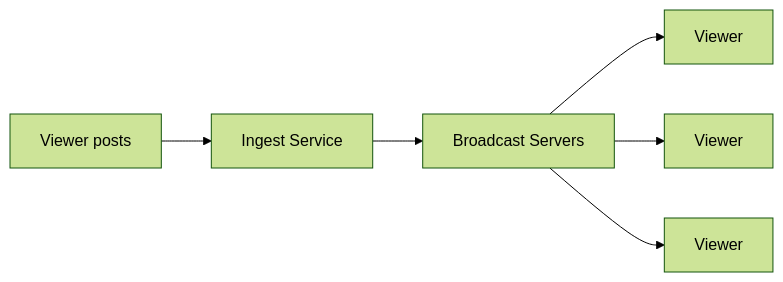
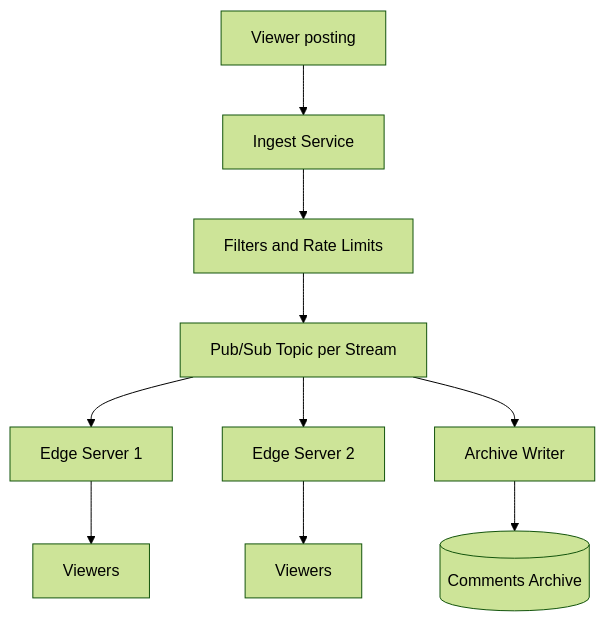
The first of 2 diagrams in questions/design-live-comment-streaming.md (design-gurus/grokking-system-design), drawn with Mermaid (forest theme) before and after one commit. The commit also changed other lines of this file and 19 other files, not shown here.

````diff
--- a/questions/design-live-comment-streaming.md
+++ b/questions/design-live-comment-streaming.md
@@ -21,8 +76,12 @@
 ```mermaid
-flowchart LR
-    Poster[Viewer posts] --> Ingest[Ingest Service]
-    Ingest --> BS[Broadcast Servers]
-    BS --> V1[Viewer]
-    BS --> V2[Viewer]
-    BS --> V3[Viewer]
+flowchart TD
+    Poster[Viewer posting] --> Ingest["Ingest Service"]
+    Ingest --> Mod["Filters and Rate Limits"]
+    Mod --> Topic["Pub/Sub Topic per Stream"]
+    Topic --> E1["Edge Server 1"]
+    Topic --> E2["Edge Server 2"]
+    Topic --> Arch["Archive Writer"]
+    E1 --> V1[Viewers]
+    E2 --> V2[Viewers]
+    Arch --> Store[("Comments Archive")]
 ```
````
